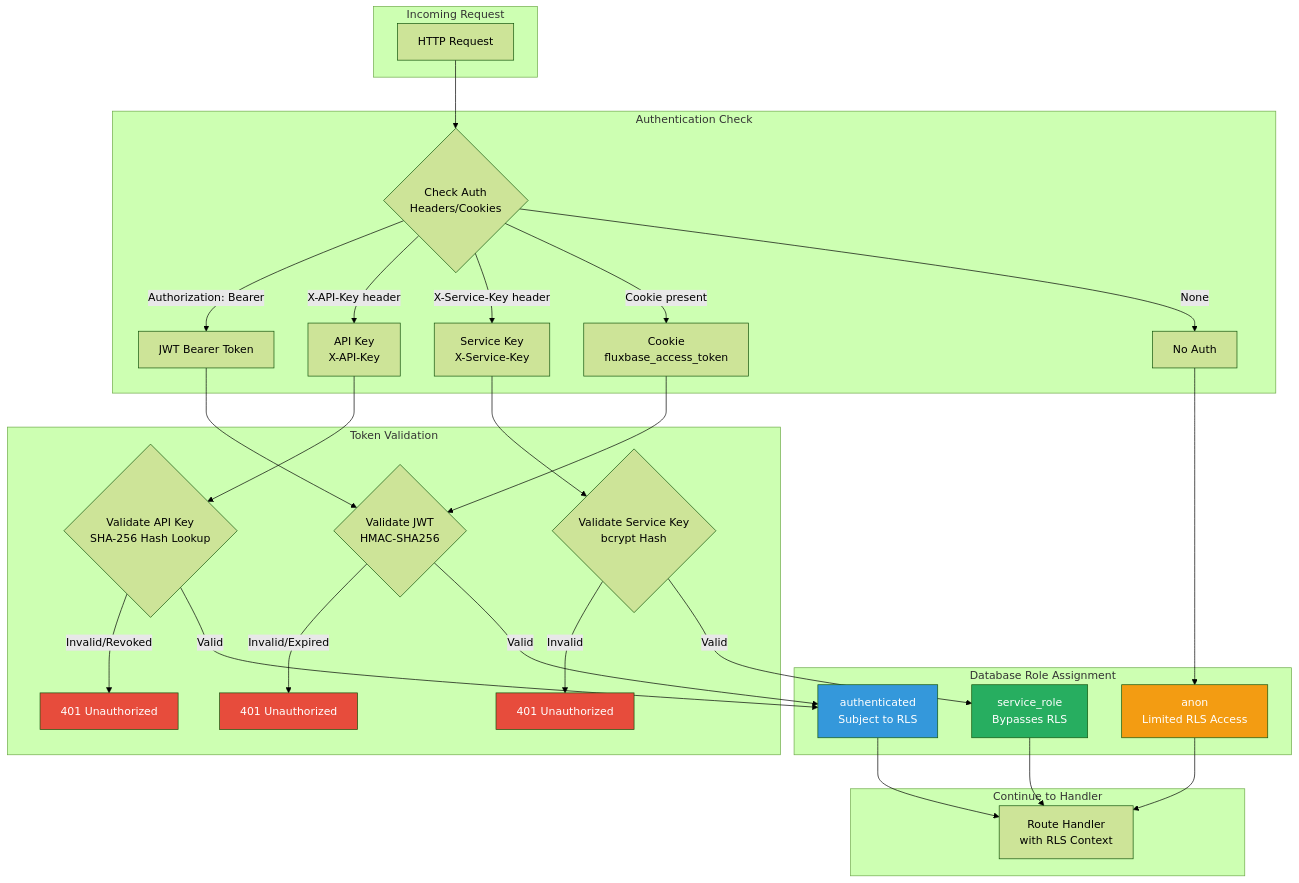
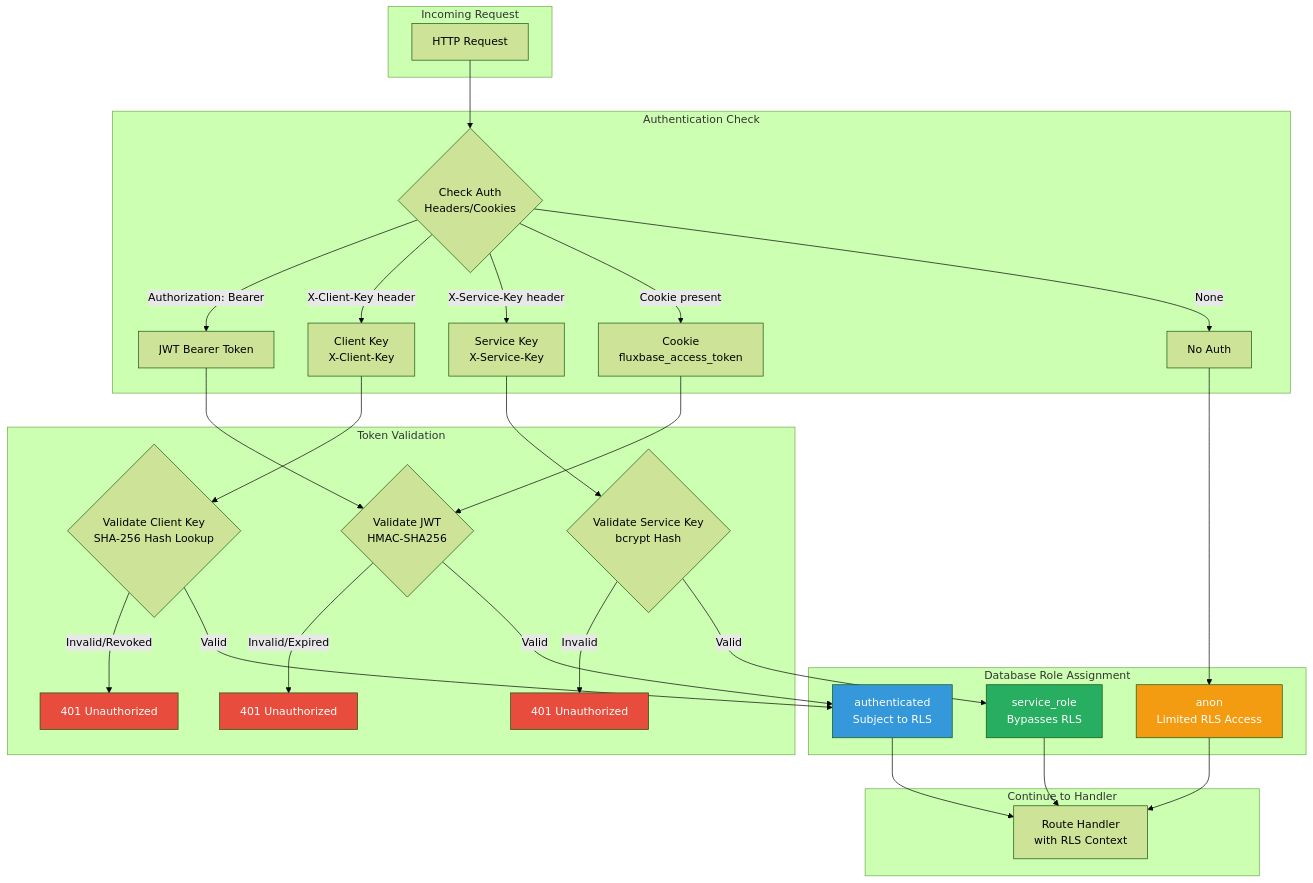
Before and after one commit to wayli-app/fluxbase: the first of 5 diagrams in docs/src/content/docs/security/endpoint-protection.md, drawn with Mermaid (forest theme). The commit also changed other lines of this file and 46 other files, not shown here.

````diff
--- a/docs/src/content/docs/security/endpoint-protection.md
+++ b/docs/src/content/docs/security/endpoint-protection.md
@@ -503,57 +503,57 @@
 ```mermaid
 flowchart TD
     subgraph Request["Incoming Request"]
         REQ[HTTP Request]
     end
 
     subgraph AuthCheck["Authentication Check"]
         CHECK{Check Auth<br/>Headers/Cookies}
         JWT[JWT Bearer Token]
-        APIKEY[API Key<br/>X-API-Key]
+        CLIENTKEY[Client Key<br/>X-Client-Key]
         SVCKEY[Service Key<br/>X-Service-Key]
         COOKIE[Cookie<br/>fluxbase_access_token]
         ANON[No Auth]
     end
 
     subgraph Validation["Token Validation"]
         JWTVAL{Validate JWT<br/>HMAC-SHA256}
-        APIVAL{Validate API Key<br/>SHA-256 Hash Lookup}
+        CKVAL{Validate Client Key<br/>SHA-256 Hash Lookup}
         SVCVAL{Validate Service Key<br/>bcrypt Hash}
 
         JWTVAL -->|Invalid/Expired| REJECT1[401 Unauthorized]
-        APIVAL -->|Invalid/Revoked| REJECT2[401 Unauthorized]
+        CKVAL -->|Invalid/Revoked| REJECT2[401 Unauthorized]
         SVCVAL -->|Invalid| REJECT3[401 Unauthorized]
     end
 
     subgraph RoleAssignment["Database Role Assignment"]
         AUTHROLE[authenticated<br/>Subject to RLS]
         SVCROLE[service_role<br/>Bypasses RLS]
         ANONROLE[anon<br/>Limited RLS Access]
     end
 
     subgraph Continue["Continue to Handler"]
         HANDLER[Route Handler<br/>with RLS Context]
     end
 
     REQ --> CHECK
     CHECK -->|"Authorization: Bearer"| JWT --> JWTVAL
-    CHECK -->|"X-API-Key header"| APIKEY --> APIVAL
+    CHECK -->|"X-Client-Key header"| CLIENTKEY --> CKVAL
     CHECK -->|"X-Service-Key header"| SVCKEY --> SVCVAL
     CHECK -->|"Cookie present"| COOKIE --> JWTVAL
     CHECK -->|"None"| ANON --> ANONROLE
 
     JWTVAL -->|Valid| AUTHROLE
-    APIVAL -->|Valid| AUTHROLE
+    CKVAL -->|Valid| AUTHROLE
     SVCVAL -->|Valid| SVCROLE
 
     AUTHROLE --> HANDLER
     SVCROLE --> HANDLER
     ANONROLE --> HANDLER
 
     style REJECT1 fill:#e74c3c,color:#fff
     style REJECT2 fill:#e74c3c,color:#fff
     style REJECT3 fill:#e74c3c,color:#fff
     style SVCROLE fill:#27ae60,color:#fff
     style AUTHROLE fill:#3498db,color:#fff
     style ANONROLE fill:#f39c12,color:#fff
 ```
````
